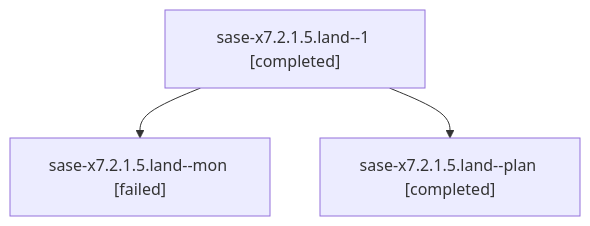
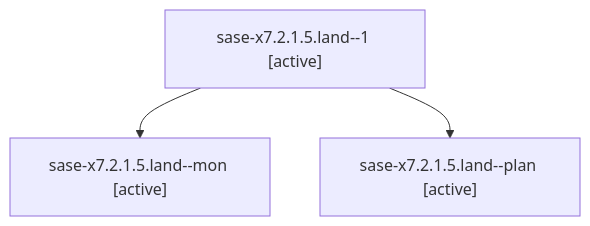
One commit to sase-org/sase--agents changed the diagram in families/bbugyi200.athena.sase-x7.2.1.5.land.md. Above: the diagram before and after it, drawn with Mermaid. The commit also changed other lines of this file and 35830 other files, not shown here.

````diff
--- a/families/bbugyi200.athena.sase-x7.2.1.5.land.md
+++ b/families/bbugyi200.athena.sase-x7.2.1.5.land.md
@@ -9,8 +9,8 @@
 ```mermaid
 flowchart TD
-  n0["sase-x7.2.1.5.land--1 [completed]"]
-  n1["sase-x7.2.1.5.land--mon [failed]"]
+  n0["sase-x7.2.1.5.land--1 [active]"]
+  n1["sase-x7.2.1.5.land--mon [active]"]
   n0 --> n1
-  n2["sase-x7.2.1.5.land--plan [completed]"]
+  n2["sase-x7.2.1.5.land--plan [active]"]
   n0 --> n2
 ```
````
